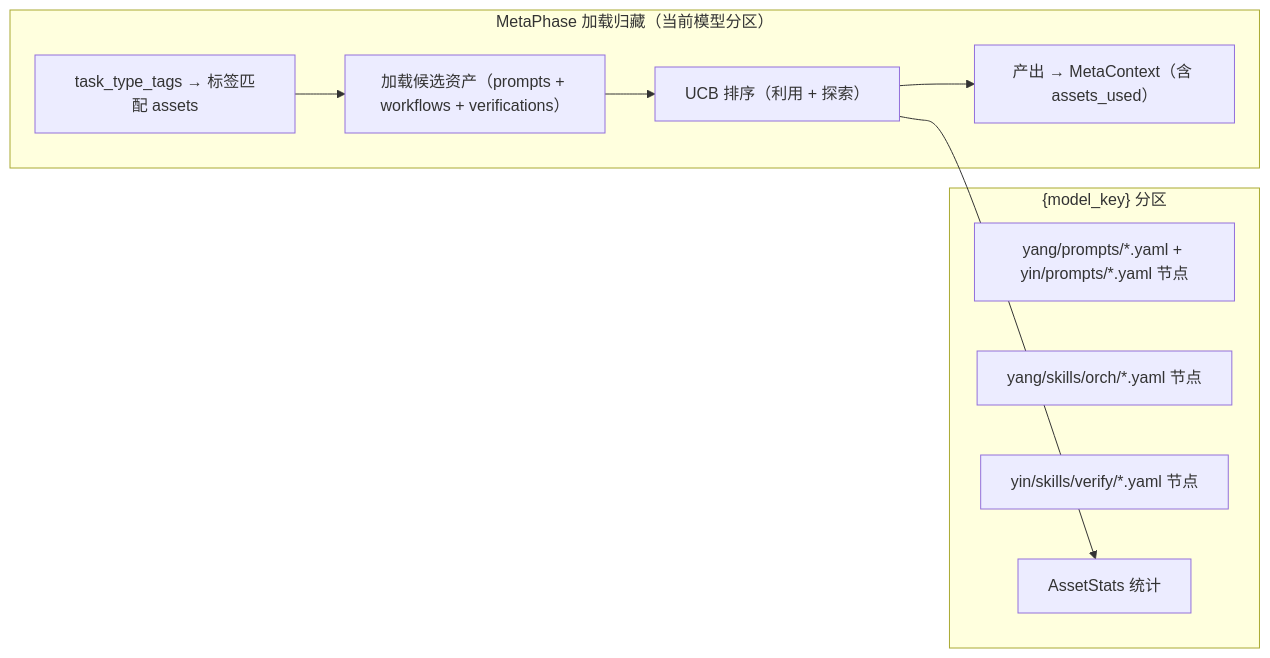
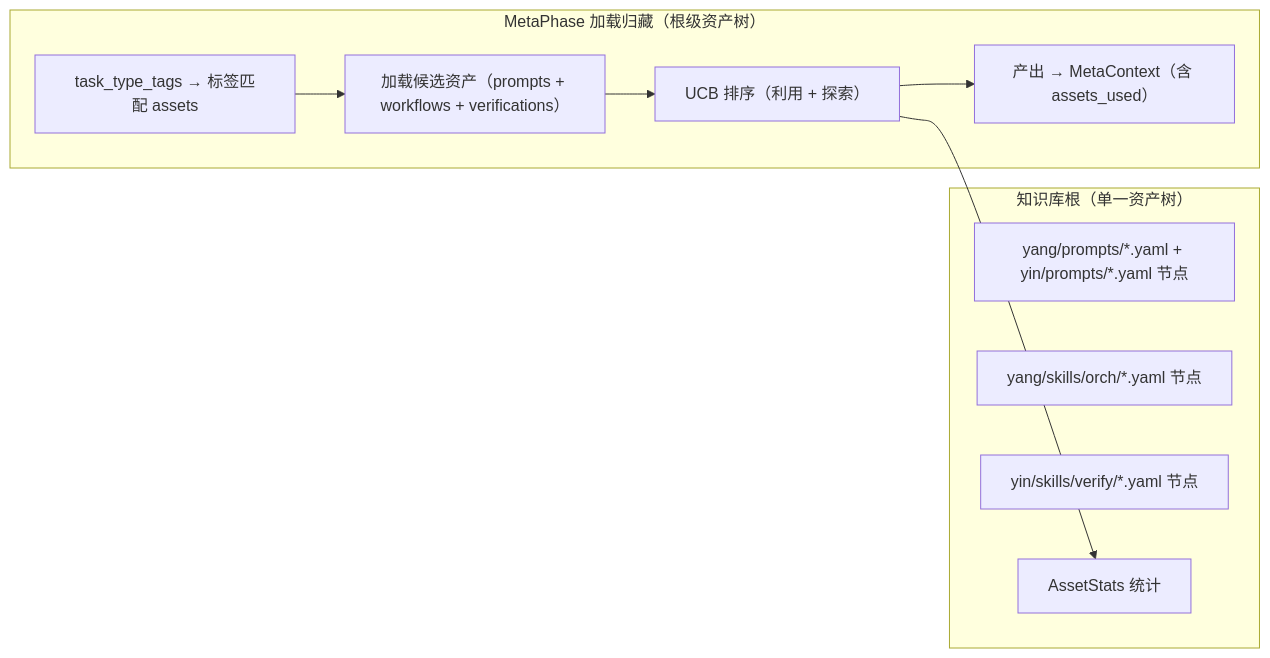
Before and after one commit to wenge6090-tech/taiji: the sixth of 7 diagrams in BCP-蓝图-完型协议.md, drawn with Mermaid. The commit also changed other lines of this file and 22 other files, not shown here.

````diff
--- a/BCP-蓝图-完型协议.md
+++ b/BCP-蓝图-完型协议.md
@@ -1532,18 +1532,18 @@
 ```mermaid
 flowchart LR
-    subgraph "MetaPhase 加载归藏（当前模型分区）"
+    subgraph "MetaPhase 加载归藏（根级资产树）"
         QUERY["task_type_tags → 标签匹配 assets"]
         QUERY --> LOAD["加载候选资产（prompts + workflows + verifications）"]
         LOAD --> RANK["UCB 排序（利用 + 探索）"]
         RANK --> MC["产出 → MetaContext（含 assets_used）"]
     end
 
-    subgraph "{model_key} 分区"
+    subgraph "知识库根（单一资产树）"
         P1["yang/prompts/*.yaml + yin/prompts/*.yaml 节点"]
         P2["yang/skills/orch/*.yaml 节点"]
         P3["yin/skills/verify/*.yaml 节点"]
         S["AssetStats 统计"]
     end
 
     RANK --> S
 ```
````
